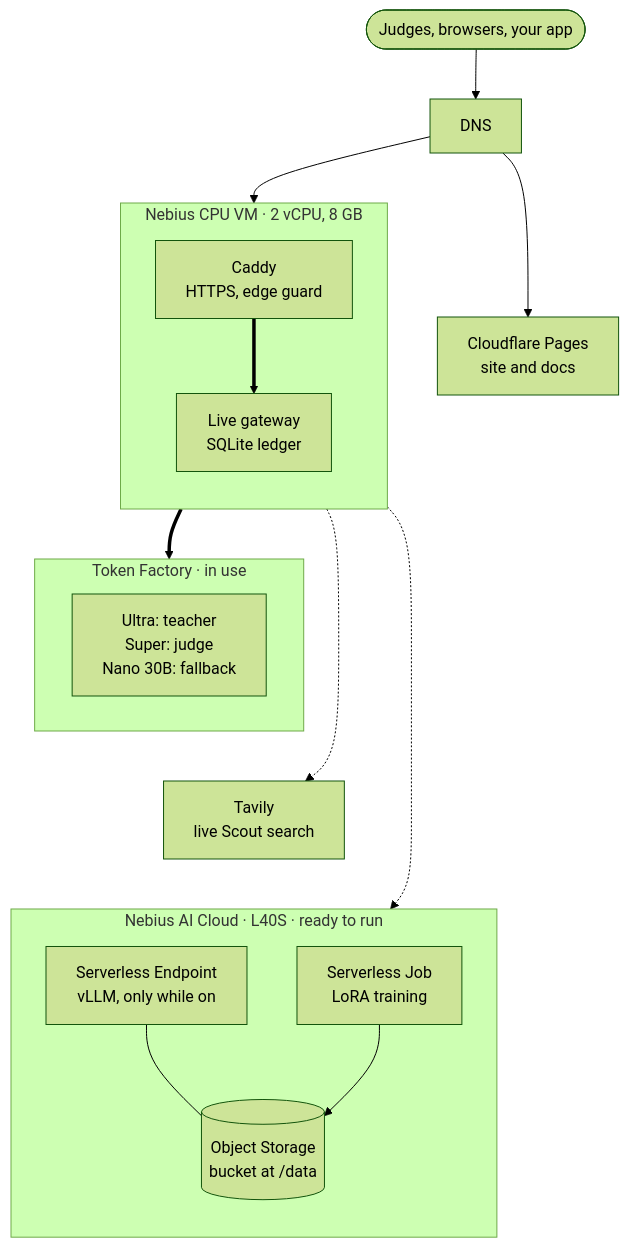
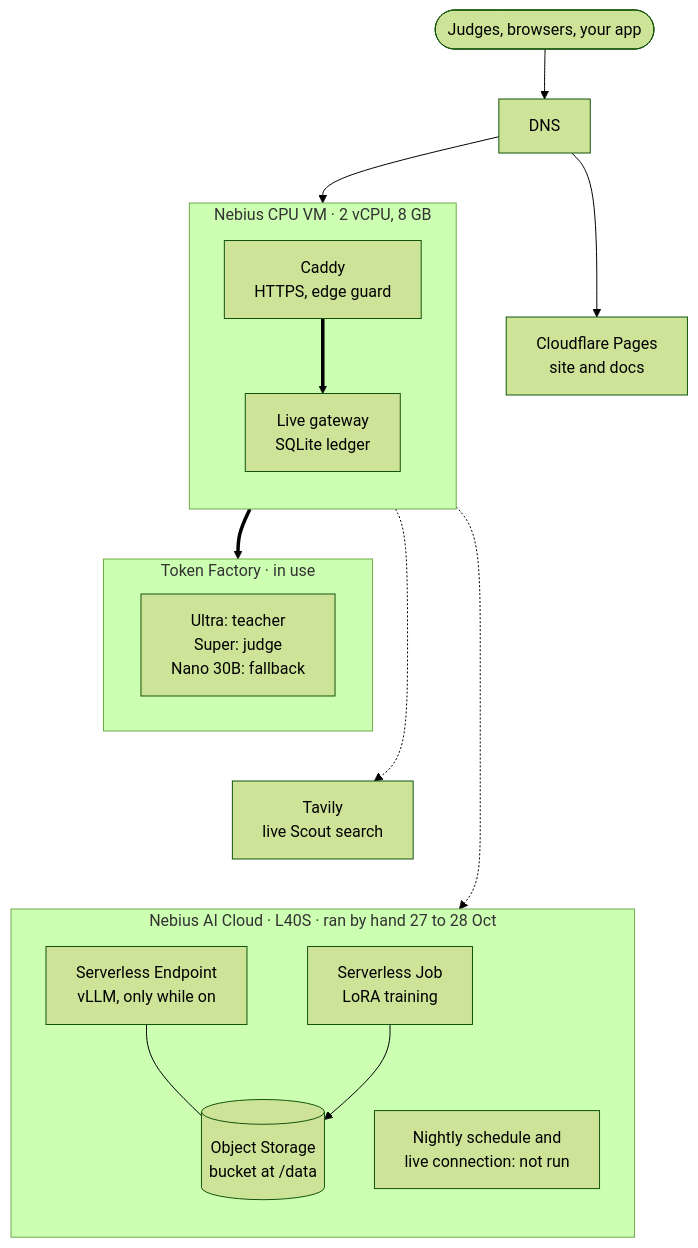
The first of 2 diagrams in docs-site/src/content/docs/guides/host-on-nebius.mdx (harshbhx/ratchet), drawn with Mermaid (forest theme) before and after one commit. The commit also changed other lines of this file and 61 other files, not shown here.

Commit message:
Docs sweep, 29 Oct: green for what ran on Nebius, amber for what has not (#106)

````diff
--- a/docs-site/src/content/docs/guides/host-on-nebius.mdx
+++ b/docs-site/src/content/docs/guides/host-on-nebius.mdx
@@ -62,31 +68,33 @@
 ```mermaid
 flowchart TB
   user(["Judges, browsers, your app"]) --> dns["DNS"]
   dns --> pages["Cloudflare Pages<br/>site and docs"]
   dns --> vm
   subgraph vm["Nebius CPU VM · 2 vCPU, 8 GB"]
     direction TB
     caddy["Caddy<br/>HTTPS, edge guard"] ==> live["Live gateway<br/>SQLite ledger"]
   end
   subgraph tf["Token Factory · in use"]
     teacher["Ultra: teacher<br/>Super: judge<br/>Nano 30B: fallback"]
   end
   tavily["Tavily<br/>live Scout search"]
-  subgraph gpu["Nebius AI Cloud · L40S · ready to run"]
+  subgraph gpu["Nebius AI Cloud · L40S · ran by hand 27 to 28 Oct"]
     direction TB
     ep["Serverless Endpoint<br/>vLLM, only while on"] --- bucket[("Object Storage<br/>bucket at /data")]
     job["Serverless Job<br/>LoRA training"] --> bucket
+    nightly["Nightly schedule and<br/>live connection: not run"]
   end
   vm ==> tf
   tf ~~~ tavily
   tavily ~~~ gpu
   vm -.-> tavily
   vm -.-> gpu
 
   class user,dns,caddy,live neutral
   class pages,teacher ok
   class tavily outline
-  class ep,job,bucket pending
-  class gpu pendingZone
+  class ep,job,bucket ok
+  class nightly pending
+  class gpu okZone
   class tf okZone
 ```
````
